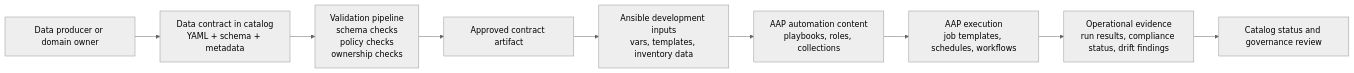
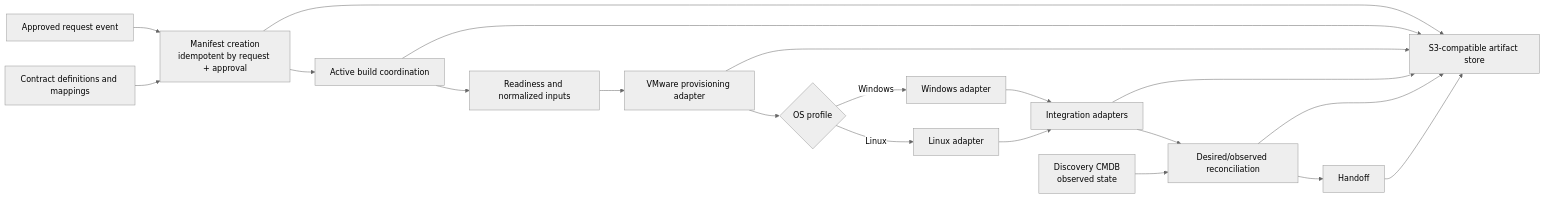
Before and after one commit to KhalilGibrotha/pipeline-playground: the first of 3 diagrams in docs/architecture.md, drawn with Mermaid (neutral theme). The commit also changed other lines of this file and 28 other files, not shown here.

Commit message:
Add contract-driven server build POC

````diff
--- a/docs/architecture.md
+++ b/docs/architecture.md
@@ -5,11 +11,22 @@
 ```mermaid
 flowchart LR
-    A["Data producer or domain owner"] --> B["Data contract in catalog<br/>YAML + schema + metadata"]
-    B --> C["Validation pipeline<br/>schema checks<br/>policy checks<br/>ownership checks"]
-    C --> D["Approved contract artifact"]
-    D --> E["Ansible development inputs<br/>vars, templates, inventory data"]
-    E --> F["AAP automation content<br/>playbooks, roles, collections"]
-    F --> G["AAP execution<br/>job templates, schedules, workflows"]
-    G --> H["Operational evidence<br/>run results, compliance status, drift findings"]
-    H --> I["Catalog status and governance review"]
+    A["Approved request event"] --> B["Manifest creation<br/>idempotent by request + approval"]
+    C["Contract definitions and mappings"] --> B
+    B --> D["Active build coordination"]
+    D --> E["Readiness and normalized inputs"]
+    E --> F["VMware provisioning adapter"]
+    F --> G{"OS profile"}
+    G -->|"Windows"| H["Windows adapter"]
+    G -->|"Linux"| I["Linux adapter"]
+    H --> J["Integration adapters"]
+    I --> J
+    J --> K["Desired/observed reconciliation"]
+    K --> L["Handoff"]
+    B --> S["S3-compatible artifact store"]
+    D --> S
+    F --> S
+    J --> S
+    K --> S
+    L --> S
+    M["Discovery CMDB<br/>observed state"] --> K
 ```
````
